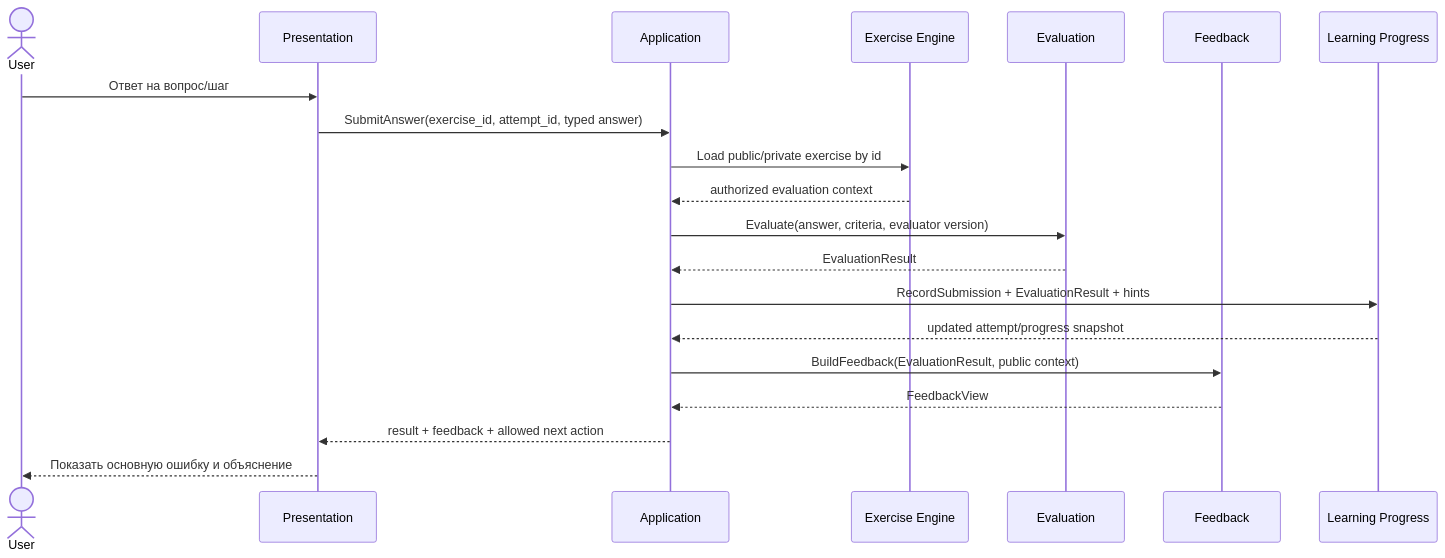
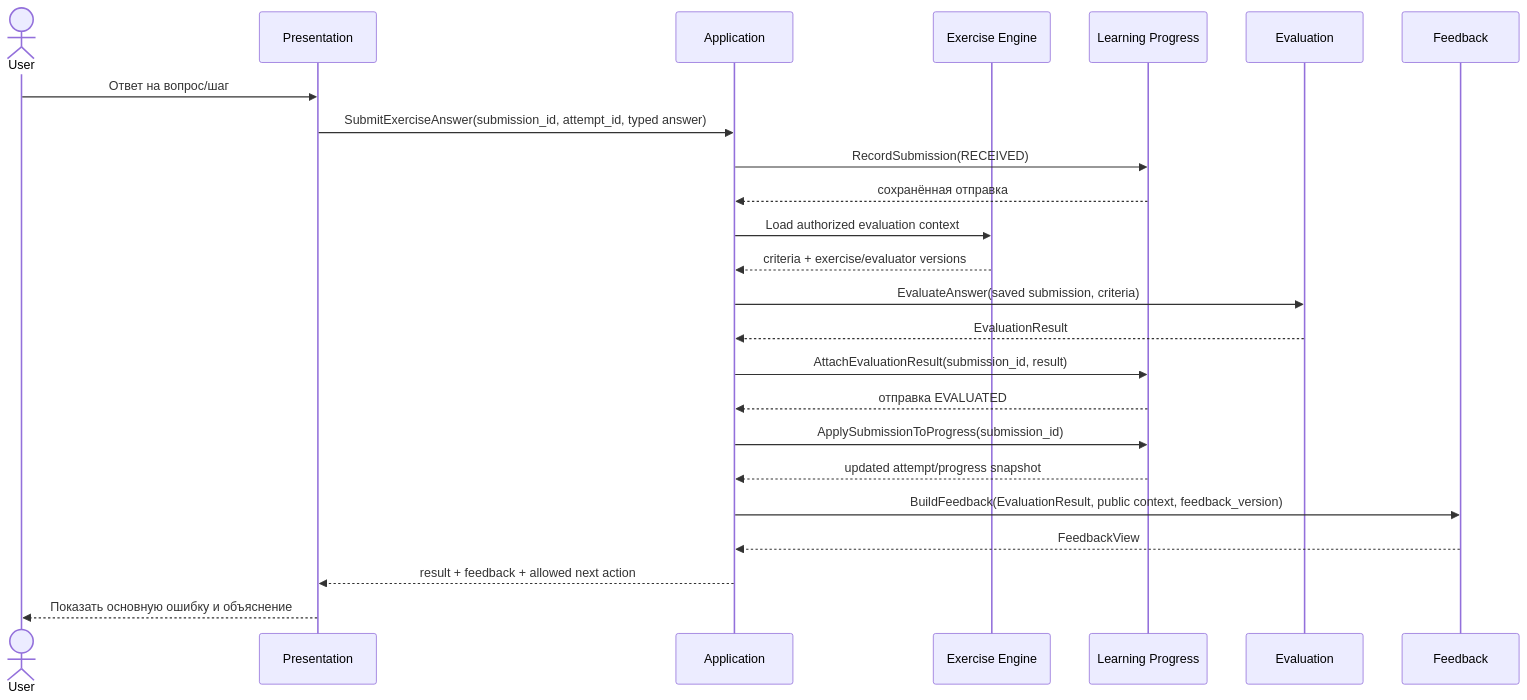
One commit to Wwwoper/new-perudo-docs changed the third of 6 diagrams in docs/architecture/end-to-end-sequences.md. Above: the diagram before and after it, drawn with Mermaid. The commit also changed other lines of this file and 5 other files, not shown here.

Commit message:
docs: accept architecture decisions for learning workflow

````diff
--- a/docs/architecture/end-to-end-sequences.md
+++ b/docs/architecture/end-to-end-sequences.md
@@ -78,23 +78,27 @@
 ```mermaid
 sequenceDiagram
     actor User
     participant UI as Presentation
     participant App as Application
     participant Engine as Exercise Engine
+    participant Progress as Learning Progress
     participant Eval as Evaluation
     participant Feedback
-    participant Progress as Learning Progress
 
     User->>UI: Ответ на вопрос/шаг
-    UI->>App: SubmitAnswer(exercise_id, attempt_id, typed answer)
-    App->>Engine: Load public/private exercise by id
-    Engine-->>App: authorized evaluation context
-    App->>Eval: Evaluate(answer, criteria, evaluator version)
+    UI->>App: SubmitExerciseAnswer(submission_id, attempt_id, typed answer)
+    App->>Progress: RecordSubmission(RECEIVED)
+    Progress-->>App: сохранённая отправка
+    App->>Engine: Load authorized evaluation context
+    Engine-->>App: criteria + exercise/evaluator versions
+    App->>Eval: EvaluateAnswer(saved submission, criteria)
     Eval-->>App: EvaluationResult
-    App->>Progress: RecordSubmission + EvaluationResult + hints
+    App->>Progress: AttachEvaluationResult(submission_id, result)
+    Progress-->>App: отправка EVALUATED
+    App->>Progress: ApplySubmissionToProgress(submission_id)
     Progress-->>App: updated attempt/progress snapshot
-    App->>Feedback: BuildFeedback(EvaluationResult, public context)
+    App->>Feedback: BuildFeedback(EvaluationResult, public context, feedback_version)
     Feedback-->>App: FeedbackView
     App-->>UI: result + feedback + allowed next action
     UI-->>User: Показать основную ошибку и объяснение
 ```
````
